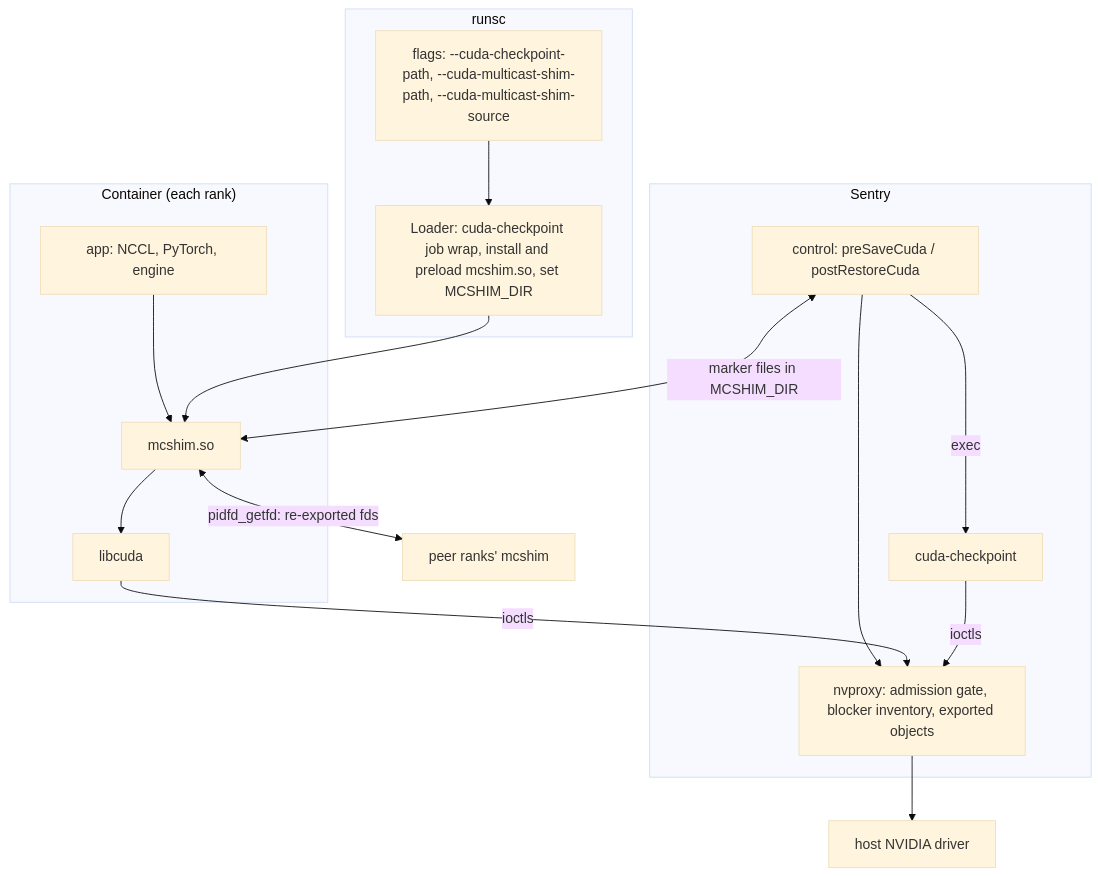
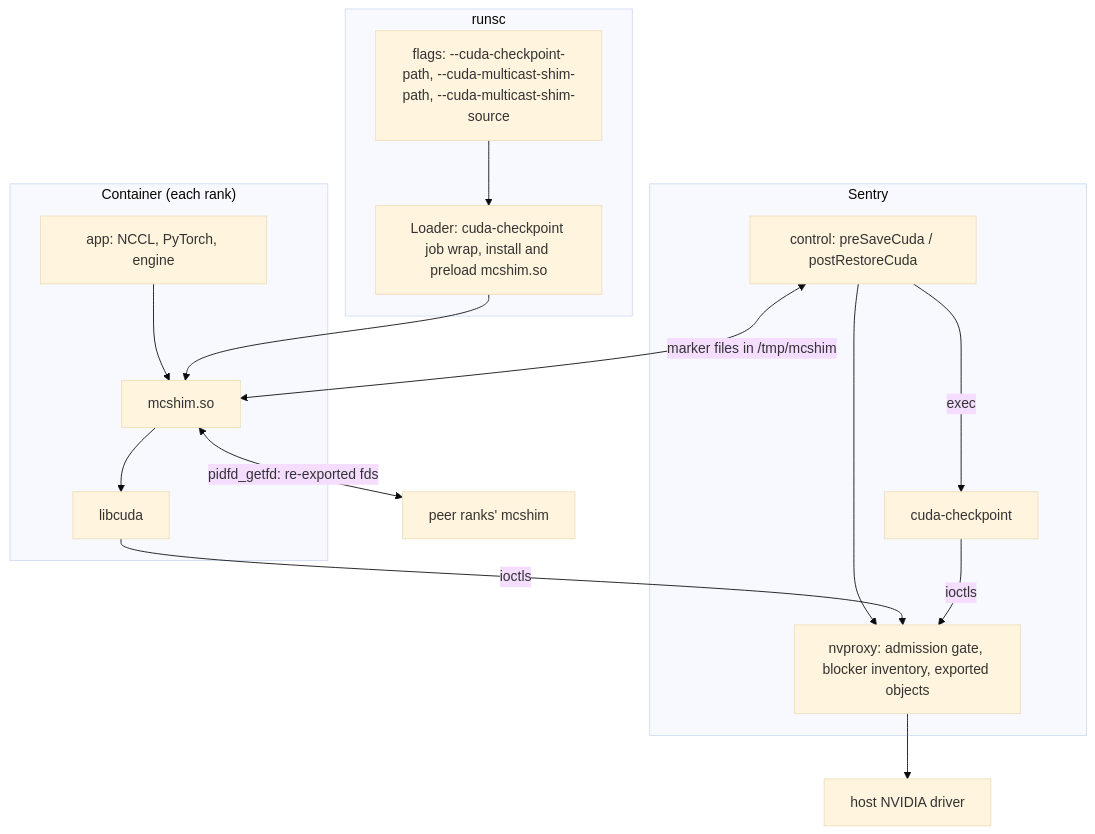
Before and after one commit to luiscape/gvisor: the first of 2 diagrams in g3doc/proposals/cuda_multigpu_checkpoint.md, drawn with Mermaid (base theme). The commit also changed other lines of this file and 7 other files, not shown here.

````diff
--- a/g3doc/proposals/cuda_multigpu_checkpoint.md
+++ b/g3doc/proposals/cuda_multigpu_checkpoint.md
@@ -81,20 +81,20 @@
 ```mermaid
 flowchart TD
     subgraph runsc
-        F["flags: --cuda-checkpoint-path, --cuda-multicast-shim-path, --cuda-multicast-shim-source"] --> L["Loader: cuda-checkpoint job wrap, install and preload mcshim.so, set MCSHIM_DIR"]
+        F["flags: --cuda-checkpoint-path, --cuda-multicast-shim-path, --cuda-multicast-shim-source"] --> L["Loader: cuda-checkpoint job wrap, install and preload mcshim.so"]
     end
     subgraph Sentry
         S["control: preSaveCuda / postRestoreCuda"] -->|exec| CC[cuda-checkpoint]
         S --> N["nvproxy: admission gate, blocker inventory, exported objects"]
     end
     subgraph "Container (each rank)"
         A["app: NCCL, PyTorch, engine"] --> M[mcshim.so]
         M --> LC[libcuda]
     end
     L --> M
-    S <-->|"marker files in MCSHIM_DIR"| M
+    S <-->|"marker files in /tmp/mcshim"| M
     M <-->|"pidfd_getfd: re-exported fds"| P["peer ranks' mcshim"]
     LC -->|ioctls| N
     CC -->|ioctls| N
     N --> H[host NVIDIA driver]
 ```
````
